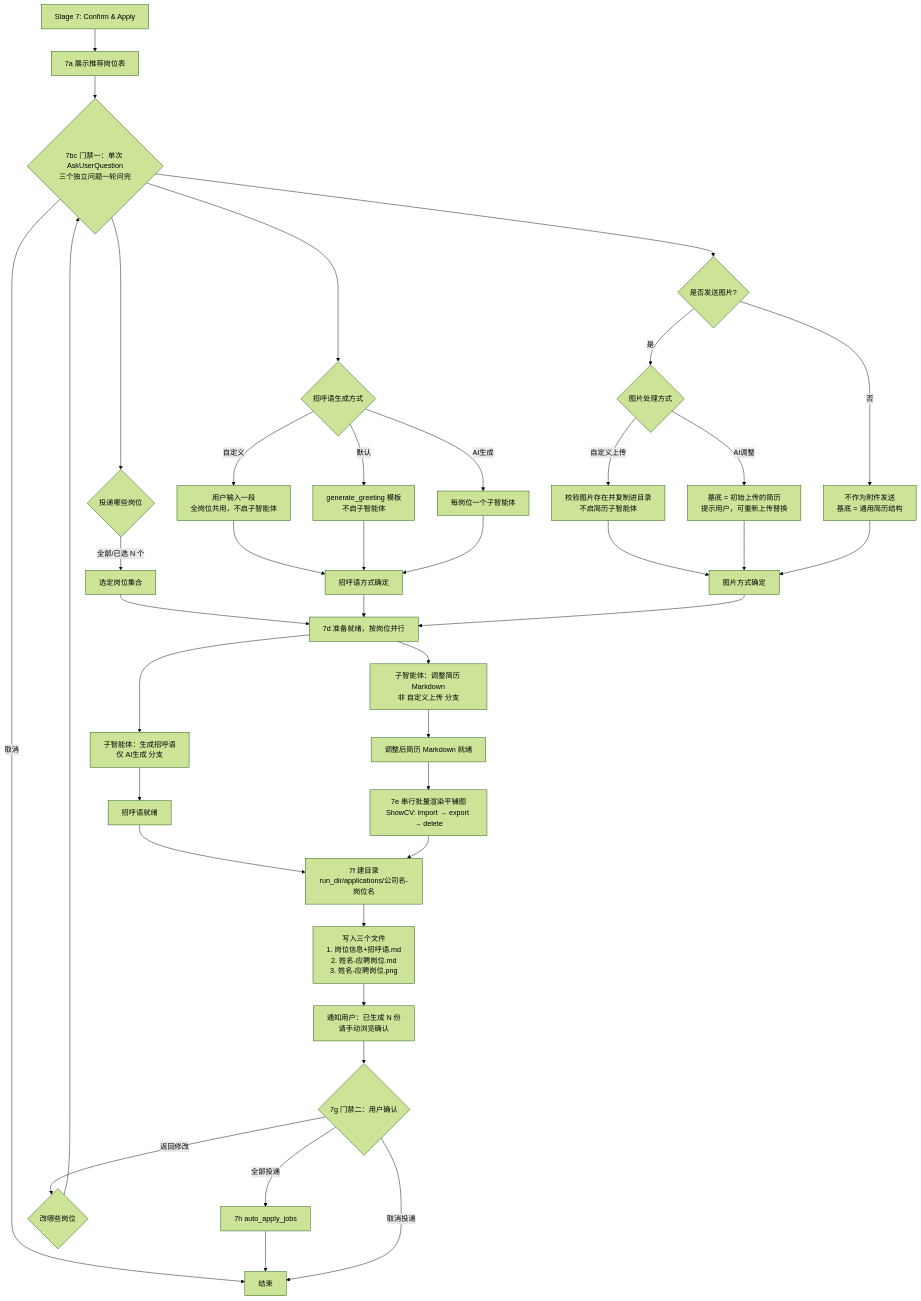
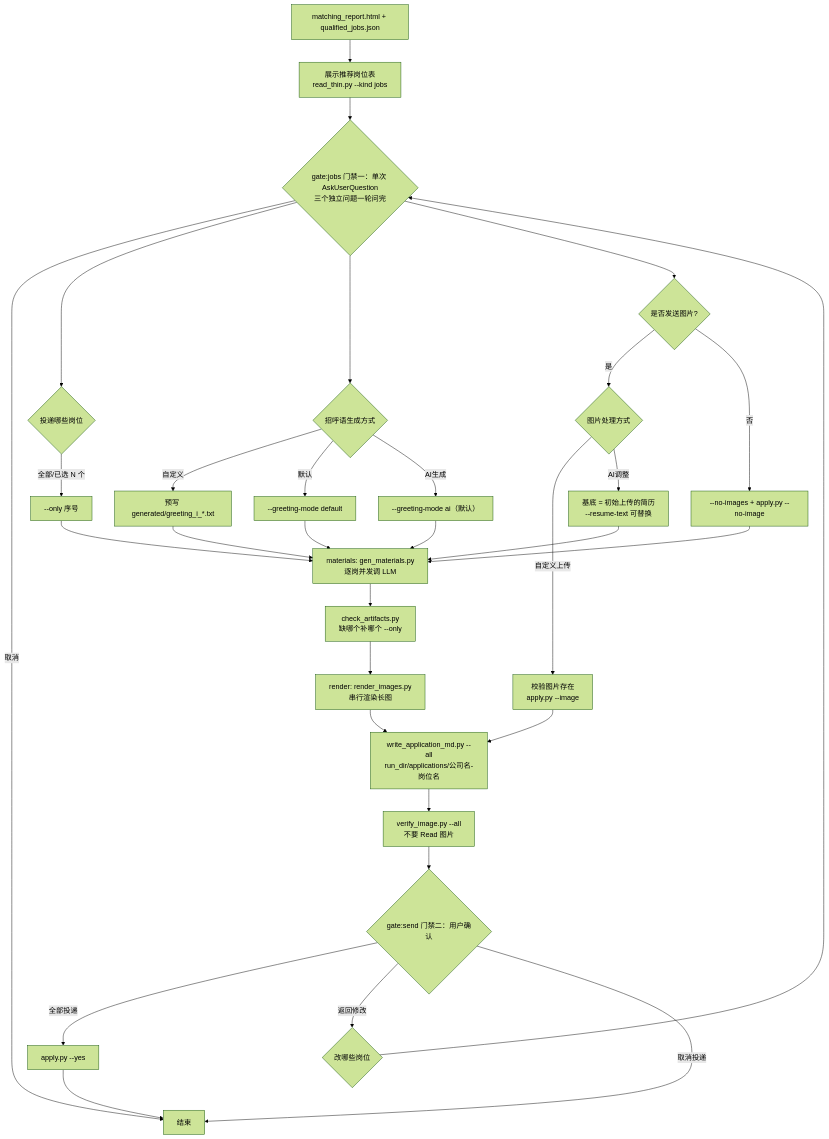
One commit to zhansan379/boss-crawler-skill changed the diagram in references/auto-apply.md. Above: the diagram before and after it, drawn with Mermaid (forest theme). The commit also changed other lines of this file and 36 other files, not shown here.

````diff
--- a/references/auto-apply.md
+++ b/references/auto-apply.md
@@ -9,45 +21,35 @@
 ```mermaid
 flowchart TD
-    Start[Stage 7: Confirm & Apply] --> J1[7a 展示推荐岗位表]
-    J1 --> Q{7bc 门禁一：单次 AskUserQuestion<br>三个独立问题一轮问完}
+    Start[matching_report.html + qualified_jobs.json] --> J1[展示推荐岗位表<br>read_thin.py --kind jobs]
+    J1 --> Q{gate:jobs 门禁一：单次 AskUserQuestion<br>三个独立问题一轮问完}
     Q --> |取消| End[结束]
 
     Q --> Q0{投递哪些岗位}
-    Q0 --> |全部/已选 N 个| Scope[选定岗位集合]
+    Q0 --> |全部/已选 N 个| Scope[--only 序号]
 
     Q --> Q1{招呼语生成方式}
-    Q1 --> |自定义| Opt1[用户输入一段<br>全岗位共用，不启子智能体]
-    Q1 --> |默认| Opt2[generate_greeting 模板<br>不启子智能体]
-    Q1 --> |AI生成| Opt3[每岗位一个子智能体]
+    Q1 --> |自定义| Opt1[预写 generated/greeting_i_*.txt]
+    Q1 --> |默认| Opt2[--greeting-mode default]
+    Q1 --> |AI生成| Opt3[--greeting-mode ai（默认）]
 
     Q --> Q2{是否发送图片?}
     Q2 --> |是| Q3{图片处理方式}
-    Q3 --> |自定义上传| Upload[校验图片存在并复制进目录<br>不启简历子智能体]
-    Q3 --> |AI调整| AIAdjust[基底 = 初始上传的简历<br>提示用户，可重新上传替换]
-    Q2 --> |否| NoPic[不作为附件发送<br>基底 = 通用简历结构]
+    Q3 --> |自定义上传| Upload[校验图片存在<br>apply.py --image]
+    Q3 --> |AI调整| AIAdjust[基底 = 初始上传的简历<br>--resume-text 可替换]
+    Q2 --> |否| NoPic[--no-images + apply.py --no-image]
 
-    Opt1 & Opt2 & Opt3 --> GreetingReady[招呼语方式确定]
-    Upload & AIAdjust & NoPic --> PicReady[图片方式确定]
+    Scope & Opt1 & Opt2 & Opt3 & AIAdjust --> Mat[materials: gen_materials.py<br>逐岗并发调 LLM]
+    NoPic --> Mat
+    Mat --> Check[check_artifacts.py<br>缺哪个补哪个 --only]
+    Check --> Render[render: render_images.py<br>串行渲染长图]
+    Upload --> Write
+    Render --> Write[write_application_md.py --all<br>run_dir/applications/公司名-岗位名]
+    Write --> Verify[verify_image.py --all<br>不要 Read 图片]
+    Verify --> Confirm{gate:send 门禁二：用户确认}
 
-    Scope --> Fan[7d 准备就绪，按岗位并行]
-    GreetingReady --> Fan
-    PicReady --> Fan
-
-    Fan --> GreetingAgent[子智能体：生成招呼语<br>仅 AI生成 分支]
-    Fan --> ResumeAgent[子智能体：调整简历 Markdown<br>非 自定义上传 分支]
-
-    GreetingAgent --> GreetingDone[招呼语就绪]
-    ResumeAgent --> ResumeDone[调整后简历 Markdown 就绪]
-
-    ResumeDone --> Render[7e 串行批量渲染平铺图<br>ShowCV: import → export → delete]
-    GreetingDone & Render --> CreateDir[7f 建目录<br>run_dir/applications/公司名-岗位名]
-    CreateDir --> SaveFiles[写入三个文件<br>1. 岗位信息+招呼语.md<br>2. 姓名-应聘岗位.md<br>3. 姓名-应聘岗位.png]
-    SaveFiles --> Notify[通知用户：已生成 N 份<br>请手动浏览确认]
-    Notify --> Confirm{7g 门禁二：用户确认}
-
-    Confirm --> |全部投递| AutoApply[7h auto_apply_jobs]
+    Confirm --> |全部投递| AutoApply[apply.py --yes]
     AutoApply --> End
     Confirm --> |返回修改| Which{改哪些岗位}
     Which --> Q
     Confirm --> |取消投递| End
 ```
````
